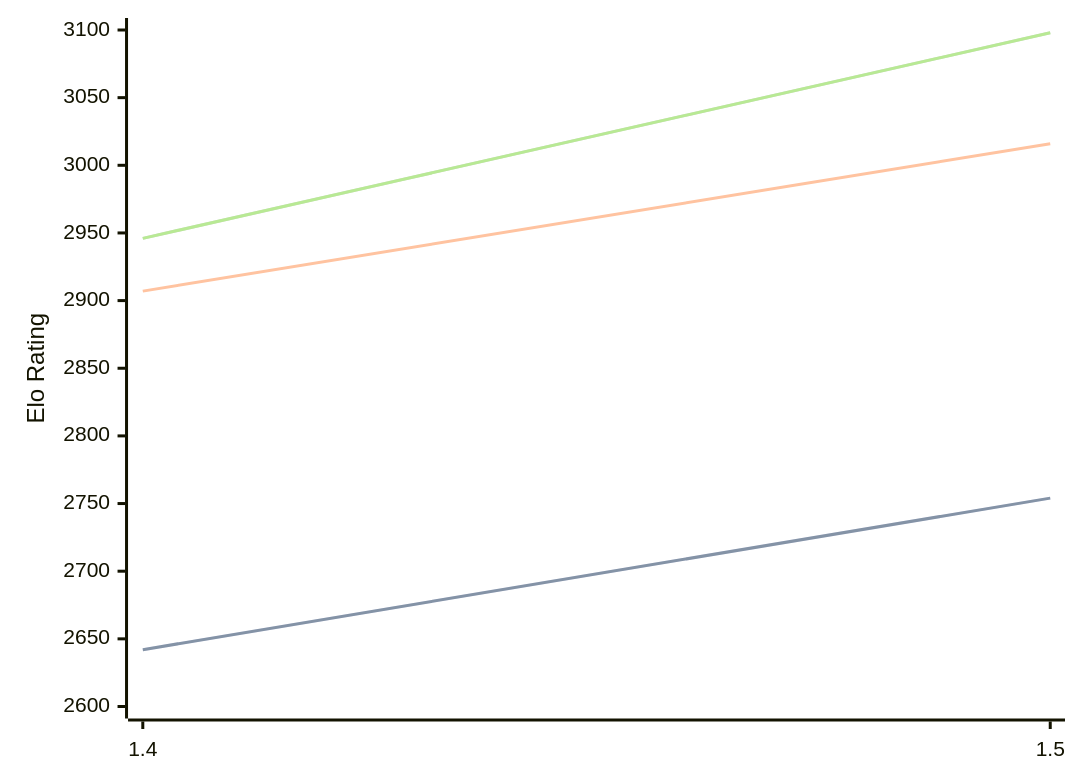
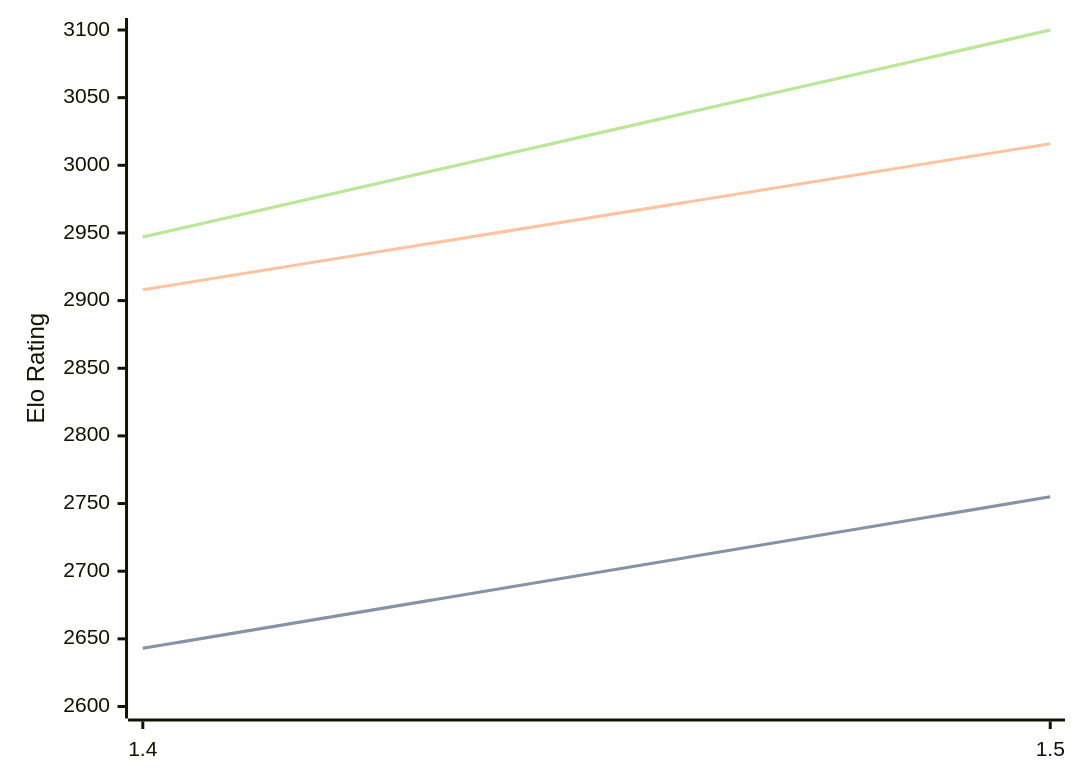
One commit to computer-chess-index/cci changed the diagram in engines/Yakka.md. Above: the diagram before and after it, drawn with Mermaid. The commit also changed other lines of this file, not shown here.

Commit message:
Update CCI Ratings (ELO VLTC) - 2026-05-21

````diff
--- a/engines/Yakka.md
+++ b/engines/Yakka.md
@@ -36,11 +36,11 @@
 ```mermaid
 %%{init: {"theme":"base","themeVariables":{"seriesColors:['#a3a3a3','#222221','#faa371']}}}%%
 xychart-beta
   x-axis ["1.4", "1.5"]
   y-axis "Elo Rating" 2600 --> 3100
-  line "STC (8.0+0.08s)" [2642, 2754]
-  line "STC (8.0+0.08s)" [2642, 2754]
-  line "LTC (60.0+0.60s)" [2907, 3016]
-  line "VLTC (2m24s+1.12s)" [2946, 3098]
-  line "VLTC (2m24s+1.12s)" [2946, 3098]
+  line "STC (8.0+0.08s)" [2643, 2755]
+  line "STC (8.0+0.08s)" [2643, 2755]
+  line "LTC (60.0+0.60s)" [2908, 3016]
+  line "VLTC (2m24s+1.12s)" [2947, 3100]
+  line "VLTC (2m24s+1.12s)" [2947, 3100]
 ```
````
